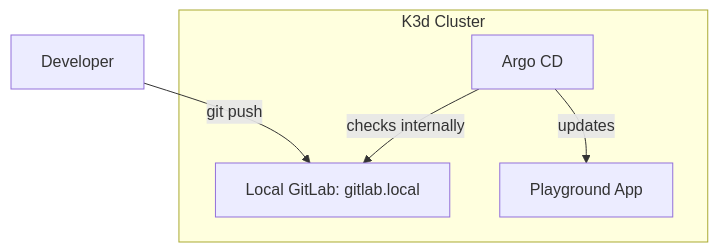
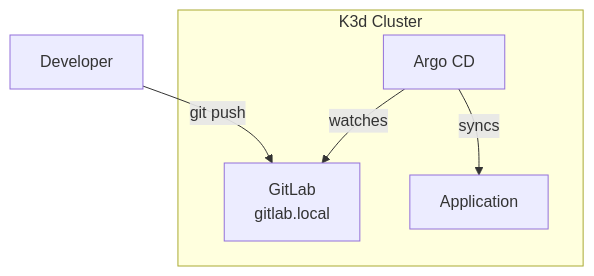
Before and after one commit to rh-oussama/Inception-of-Things: the fourth of 4 diagrams in README.md, drawn with Mermaid. The commit also changed other lines of this file, not shown here.

````diff
--- a/README.md
+++ b/README.md
@@ -191,13 +162,13 @@
 ```mermaid
 graph TD
-    Developer[Developer] -->|git push| GitLab[Local GitLab: gitlab.local]
+    Dev[Developer] -->|git push| GitLab[GitLab<br/>gitlab.local]
     
-    subgraph K3d Cluster
+    subgraph "K3d Cluster"
         GitLab
         ArgoCD[Argo CD]
-        App[Playground App]
+        App[Application]
         
-        ArgoCD -- checks internally --> GitLab
-        ArgoCD -- updates --> App
+        ArgoCD -->|watches| GitLab
+        ArgoCD -->|syncs| App
     end
 ```
````
